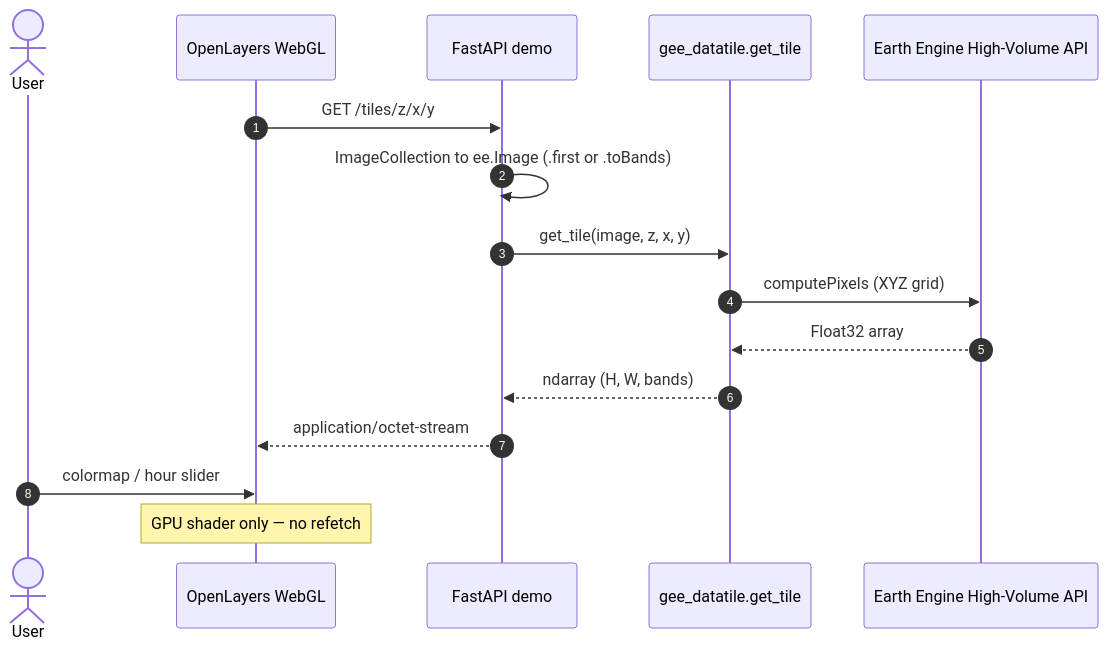
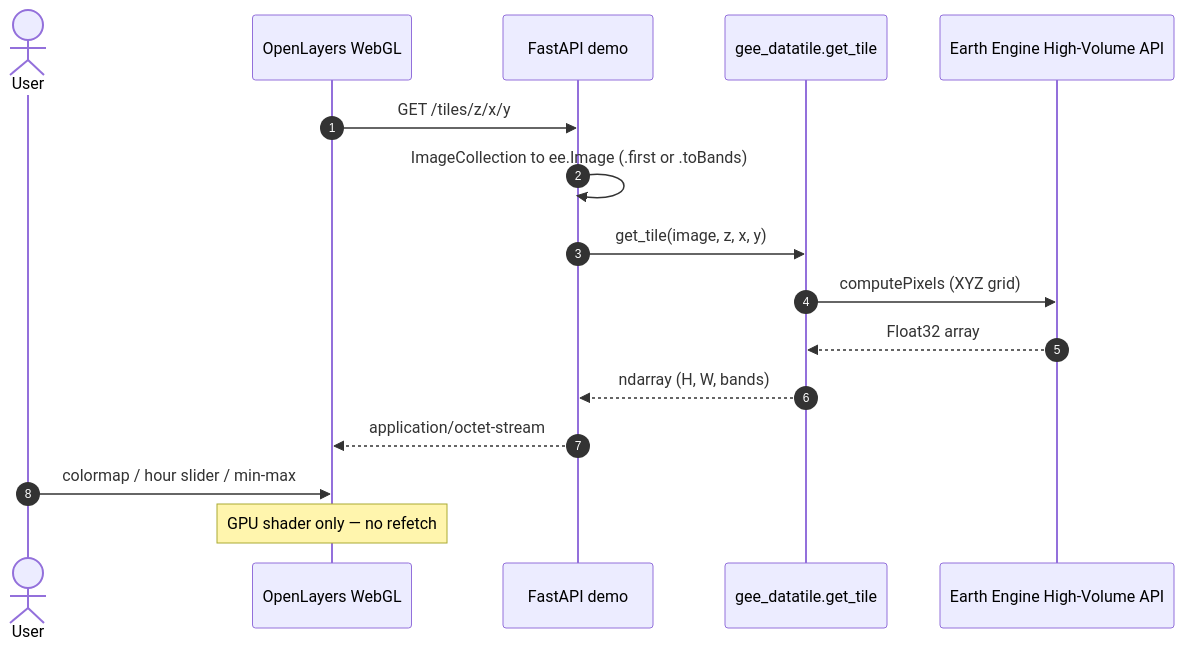
Before and after one commit to johnWilshire/gee_datatile: the second of 2 diagrams in README.md, drawn with Mermaid. The commit also changed other lines of this file, not shown here.

````diff
--- a/README.md
+++ b/README.md
@@ -100,19 +141,19 @@
 ```mermaid
 sequenceDiagram
     autonumber
     actor User
     participant Client as OpenLayers WebGL
     participant Demo as FastAPI demo
     participant Pkg as gee_datatile.get_tile
     participant GEE as Earth Engine High-Volume API
 
     Client->>Demo: GET /tiles/z/x/y
     Demo->>Demo: ImageCollection to ee.Image (.first or .toBands)
     Demo->>Pkg: get_tile(image, z, x, y)
     Pkg->>GEE: computePixels (XYZ grid)
     GEE-->>Pkg: Float32 array
     Pkg-->>Demo: ndarray (H, W, bands)
     Demo-->>Client: application/octet-stream
-    User->>Client: colormap / hour slider
+    User->>Client: colormap / hour slider / min-max
     Note over Client: GPU shader only — no refetch
 ```
````
